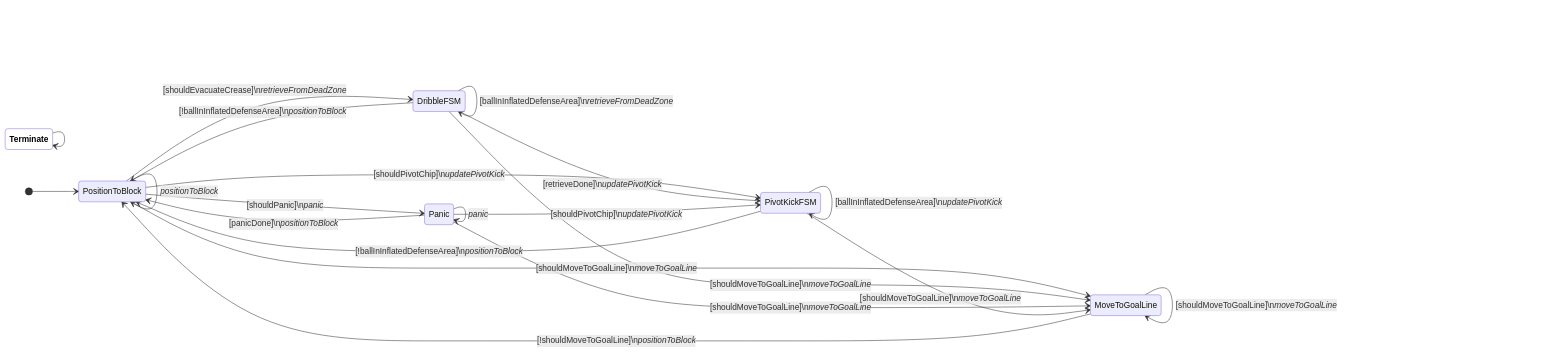
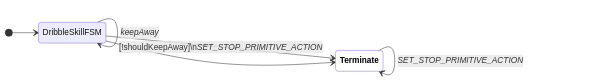
Before and after one commit to UBC-Thunderbots/Software: diagram 12 of 24 in docs/fsm-diagrams.md, drawn with Mermaid. The commit also changed other lines of this file and 375 other files, not shown here.

````diff
--- a/docs/fsm-diagrams.md
+++ b/docs/fsm-diagrams.md
@@ -292,27 +225,12 @@
 ```mermaid
 
 stateDiagram-v2
 classDef terminate fill:white,color:black,font-weight:bold
 direction LR
-[*] --> PositionToBlock
-PositionToBlock --> MoveToGoalLine : [shouldMoveToGoalLine]\n<i>moveToGoalLine</i>
-PositionToBlock --> DribbleFSM : [shouldEvacuateCrease]\n<i>retrieveFromDeadZone</i>
-PositionToBlock --> Panic : [shouldPanic]\n<i>panic</i>
-PositionToBlock --> PivotKickFSM : [shouldPivotChip]\n<i>updatePivotKick</i>
-PositionToBlock --> PositionToBlock : <i>positionToBlock</i>
-DribbleFSM --> PivotKickFSM : [retrieveDone]\n<i>updatePivotKick</i>
-DribbleFSM --> MoveToGoalLine : [shouldMoveToGoalLine]\n<i>moveToGoalLine</i>
-DribbleFSM --> DribbleFSM : [ballInInflatedDefenseArea]\n<i>retrieveFromDeadZone</i>
-DribbleFSM --> PositionToBlock : [!ballInInflatedDefenseArea]\n<i>positionToBlock</i>
-Panic --> MoveToGoalLine : [shouldMoveToGoalLine]\n<i>moveToGoalLine</i>
-Panic --> PivotKickFSM : [shouldPivotChip]\n<i>updatePivotKick</i>
-Panic --> PositionToBlock : [panicDone]\n<i>positionToBlock</i>
-Panic --> Panic : <i>panic</i>
-PivotKickFSM --> MoveToGoalLine : [shouldMoveToGoalLine]\n<i>moveToGoalLine</i>
-PivotKickFSM --> PivotKickFSM : [ballInInflatedDefenseArea]\n<i>updatePivotKick</i>
-PivotKickFSM --> PositionToBlock : [!ballInInflatedDefenseArea]\n<i>positionToBlock</i>
-MoveToGoalLine --> MoveToGoalLine : [shouldMoveToGoalLine]\n<i>moveToGoalLine</i>
-MoveToGoalLine --> PositionToBlock : [!shouldMoveToGoalLine]\n<i>positionToBlock</i>
-Terminate:::terminate --> Terminate:::terminate
+[*] --> DribbleSkillFSM
+DribbleSkillFSM --> Terminate:::terminate : [!shouldKeepAway]\n<i>SET_STOP_PRIMITIVE_ACTION</i>
+DribbleSkillFSM --> DribbleSkillFSM : <i>keepAway</i>
+DribbleSkillFSM --> Terminate:::terminate
+Terminate:::terminate --> Terminate:::terminate : <i>SET_STOP_PRIMITIVE_ACTION</i>
 
 ```
````
